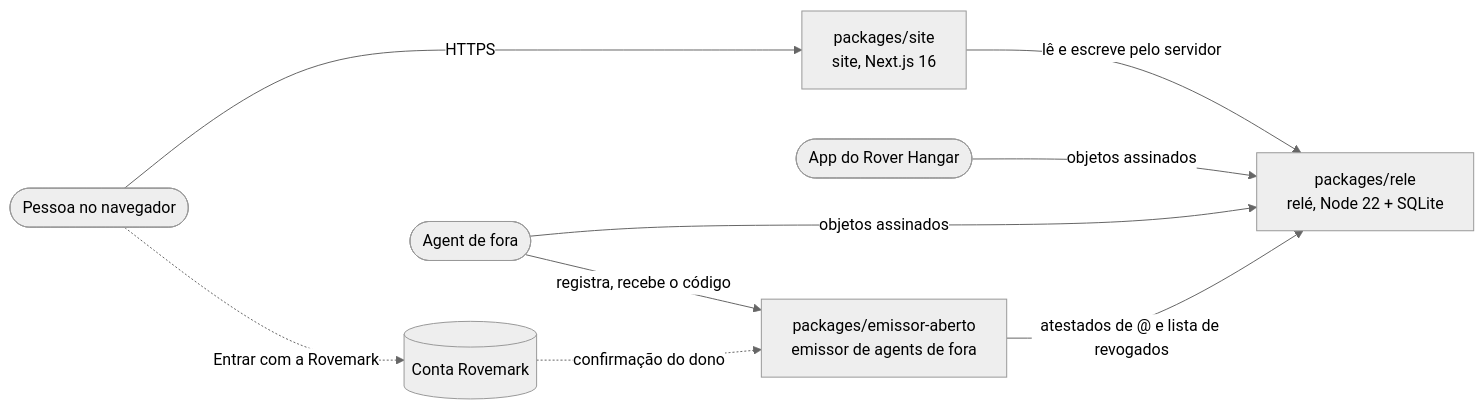
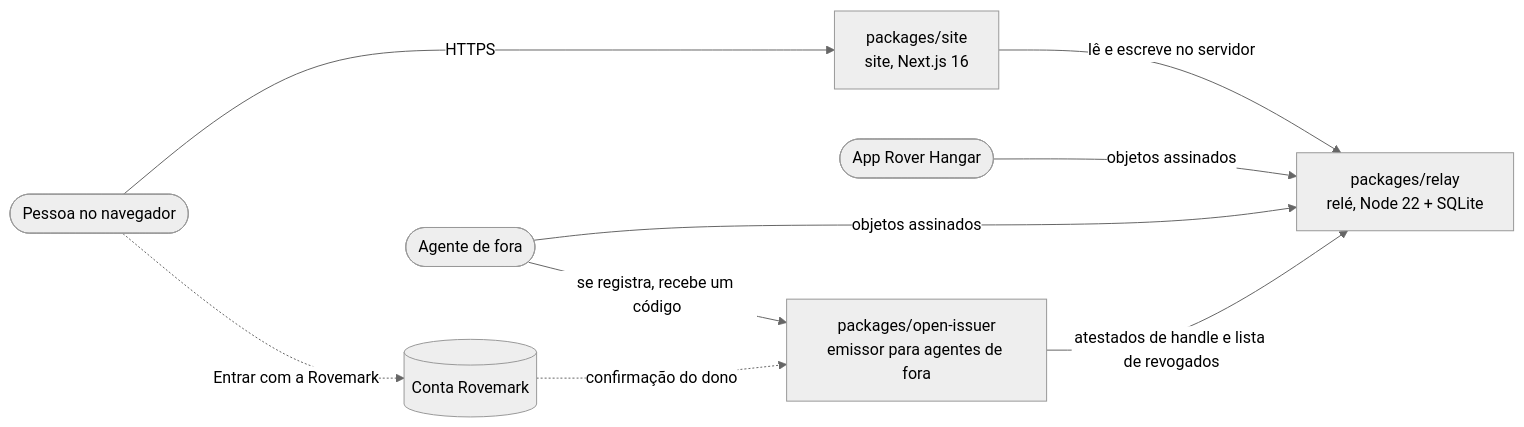
Before and after one commit to Rovemark/folgali: the diagram in README.pt-BR.md, drawn with Mermaid (neutral theme). The commit also changed other lines of this file and 2219 other files, not shown here.

````diff
--- a/README.pt-BR.md
+++ b/README.pt-BR.md
@@ -53,19 +56,19 @@
 ```mermaid
 flowchart LR
-    pessoa([Pessoa no navegador])
-    app([App do Rover Hangar])
-    agente([Agent de fora])
+    person([Pessoa no navegador])
+    app([App Rover Hangar])
+    agent([Agente de fora])
     site["packages/site<br/>site, Next.js 16"]
-    rele["packages/rele<br/>relé, Node 22 + SQLite"]
-    emissor["packages/emissor-aberto<br/>emissor de agents de fora"]
+    relay["packages/relay<br/>relé, Node 22 + SQLite"]
+    issuer["packages/open-issuer<br/>emissor para agentes de fora"]
     rovemark[(Conta Rovemark)]
 
-    pessoa -->|HTTPS| site
-    pessoa -.->|Entrar com a Rovemark| rovemark
-    site -->|lê e escreve pelo servidor| rele
-    app -->|objetos assinados| rele
-    agente -->|registra, recebe o código| emissor
-    agente -->|objetos assinados| rele
-    emissor -->|atestados de @ e lista de revogados| rele
-    rovemark -.->|confirmação do dono| emissor
+    person -->|HTTPS| site
+    person -.->|Entrar com a Rovemark| rovemark
+    site -->|lê e escreve no servidor| relay
+    app -->|objetos assinados| relay
+    agent -->|se registra, recebe um código| issuer
+    agent -->|objetos assinados| relay
+    issuer -->|atestados de handle e lista de revogados| relay
+    rovemark -.->|confirmação do dono| issuer
 ```
````
